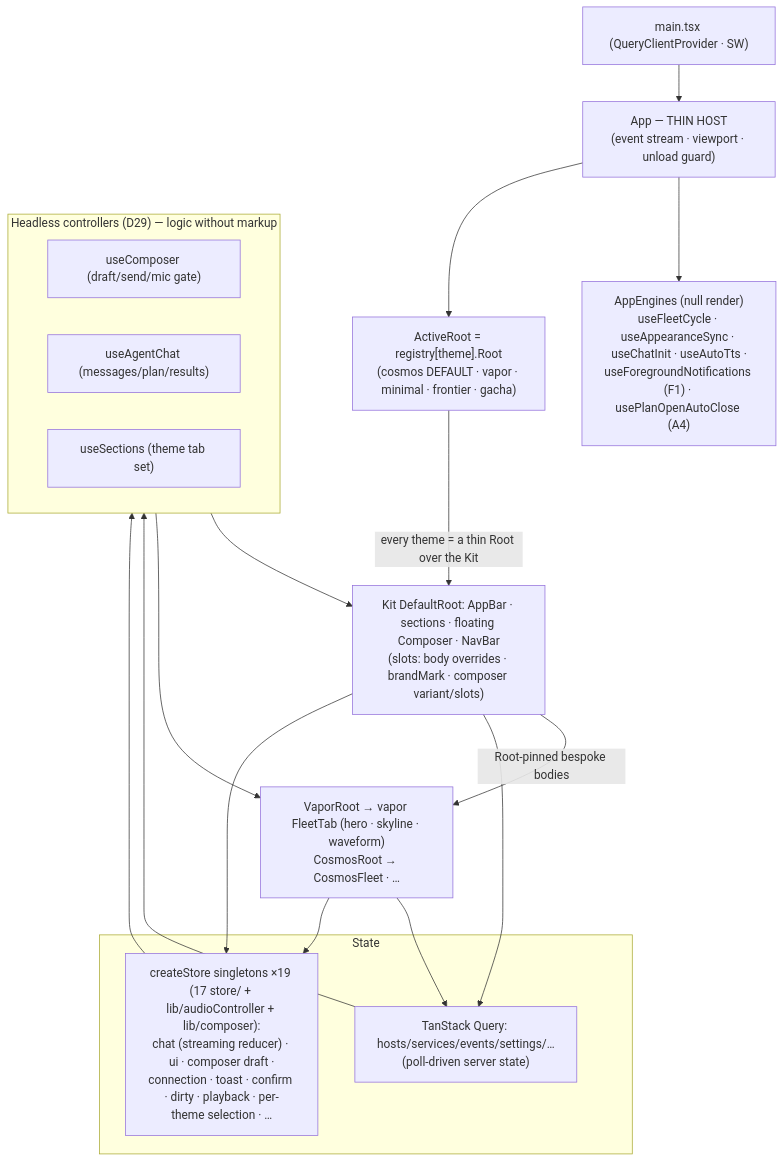
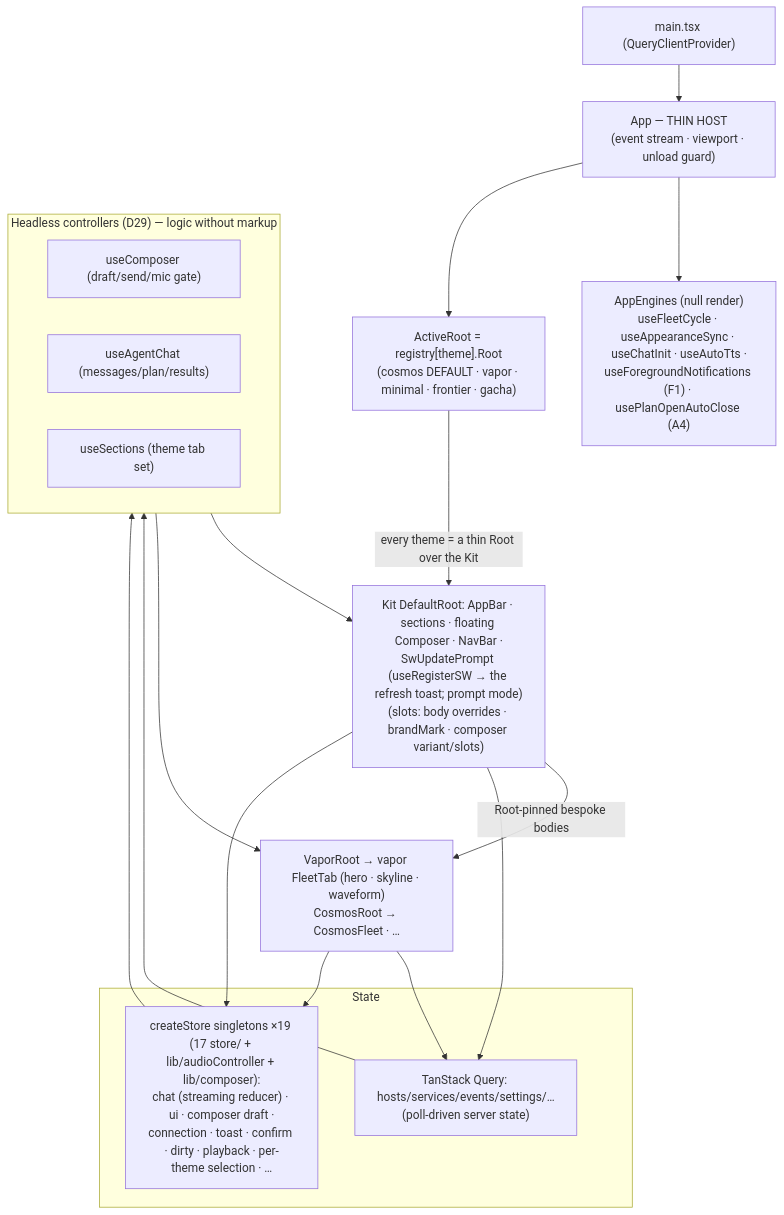
One commit to nengoxx/ctrl-b changed diagram 11 of 11 in docs/SPEC.md. Above: the diagram before and after it, drawn with Mermaid. The commit also changed other lines of this file and 38 other files, not shown here.

````diff
--- a/docs/SPEC.md
+++ b/docs/SPEC.md
@@ -521,21 +539,21 @@
 ```mermaid
 flowchart TB
-    main["main.tsx (QueryClientProvider · SW)"] --> App
+    main["main.tsx (QueryClientProvider)"] --> App
     App["App — THIN HOST\n(event stream · viewport · unload guard)"] --> engines["AppEngines (null render)\nuseFleetCycle · useAppearanceSync · useChatInit · useAutoTts ·\nuseForegroundNotifications (F1) · usePlanOpenAutoClose (A4)"]
     App --> Root["ActiveRoot = registry[theme].Root\n(cosmos DEFAULT · vapor · minimal · frontier · gacha)"]
-    Root -->|"every theme = a thin Root over the Kit"| DR["Kit DefaultRoot: AppBar · sections · floating Composer · NavBar\n(slots: body overrides · brandMark · composer variant/slots)"]
+    Root -->|"every theme = a thin Root over the Kit"| DR["Kit DefaultRoot: AppBar · sections · floating Composer · NavBar ·\nSwUpdatePrompt (useRegisterSW → the refresh toast; prompt mode)\n(slots: body overrides · brandMark · composer variant/slots)"]
     DR -->|"Root-pinned bespoke bodies"| VR["VaporRoot → vapor FleetTab (hero · skyline · waveform)\nCosmosRoot → CosmosFleet · …"]
 
     subgraph state["State"]
         q["TanStack Query: hosts/services/events/settings/…\n(poll-driven server state)"]
         st["createStore singletons ×19 (17 store/ + lib/audioController + lib/composer):\nchat (streaming reducer) · ui · composer draft ·\nconnection · toast · confirm · dirty · playback · per-theme selection · …"]
     end
     DR & VR --> q & st
 
     subgraph controllers["Headless controllers (D29) — logic without markup"]
         uc["useComposer (draft/send/mic gate)"]
         ua["useAgentChat (messages/plan/results)"]
         us["useSections (theme tab set)"]
     end
     q & st --> controllers --> DR & VR
 ```
````
